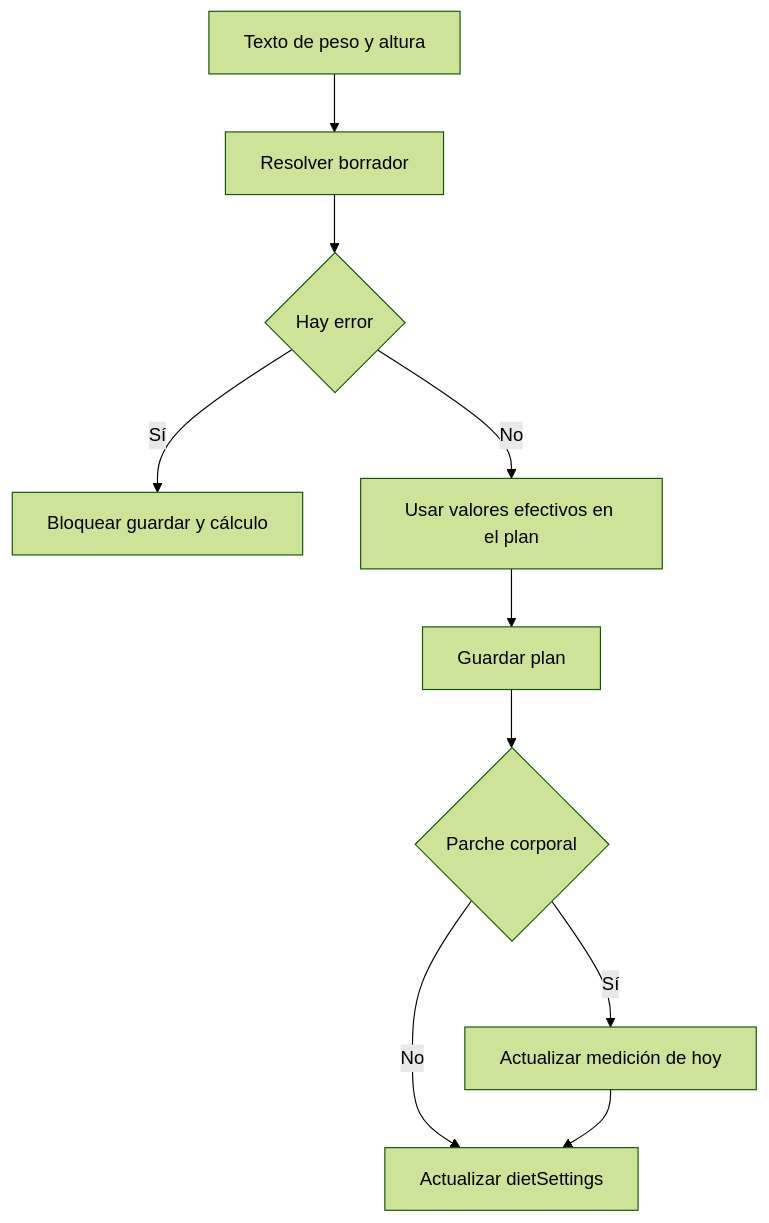
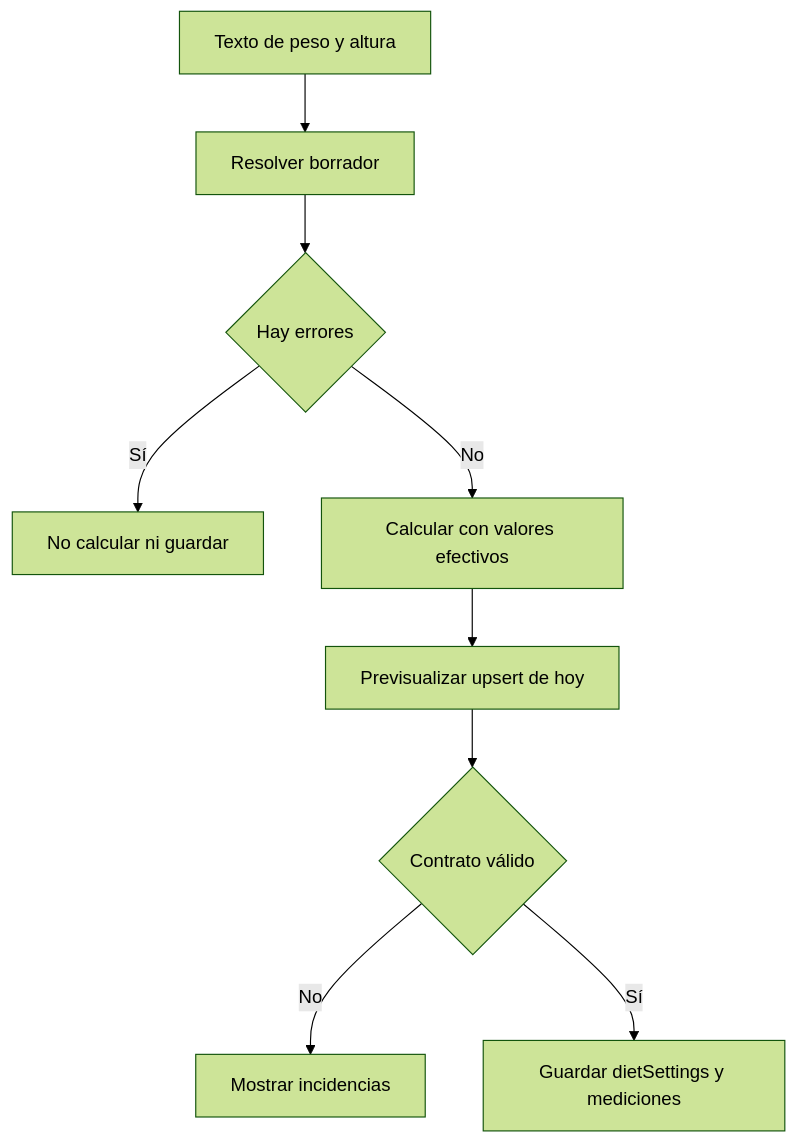
Before and after one commit to maximofn/gymnasia: the first of 2 diagrams in openwiki/mobile/measurements.md, drawn with Mermaid (forest theme). The commit also changed other lines of this file and 41 other files, not shown here.

````diff
--- a/openwiki/mobile/measurements.md
+++ b/openwiki/mobile/measurements.md
@@ -69,12 +69,11 @@
 ```mermaid
 flowchart TD
     Draft["Texto de peso y altura"] --> Resolve["Resolver borrador"]
-    Resolve --> Invalid{"Hay error"}
-    Invalid -->|"Sí"| Block["Bloquear guardar y cálculo"]
-    Invalid -->|"No"| Calculate["Usar valores efectivos en el plan"]
-    Calculate --> Save["Guardar plan"]
-    Save --> Changed{"Parche corporal"}
-    Changed -->|"Sí"| Upsert["Actualizar medición de hoy"]
-    Changed -->|"No"| Settings["Actualizar dietSettings"]
-    Upsert --> Settings
+    Resolve --> Issues{"Hay errores"}
+    Issues -->|"Sí"| Block["No calcular ni guardar"]
+    Issues -->|"No"| Calculate["Calcular con valores efectivos"]
+    Calculate --> Preview["Previsualizar upsert de hoy"]
+    Preview --> Result{"Contrato válido"}
+    Result -->|"No"| Report["Mostrar incidencias"]
+    Result -->|"Sí"| Commit["Guardar dietSettings y mediciones"]
 ```
````
